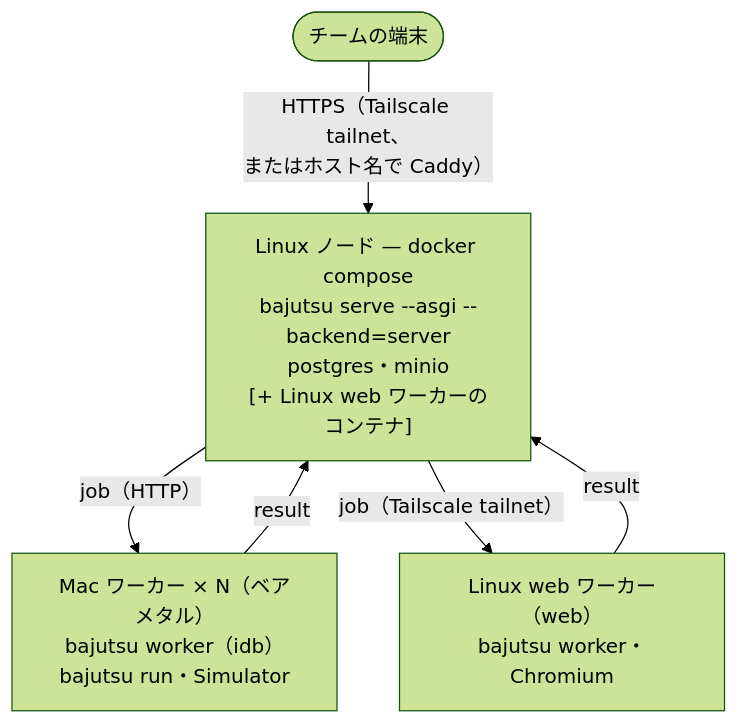
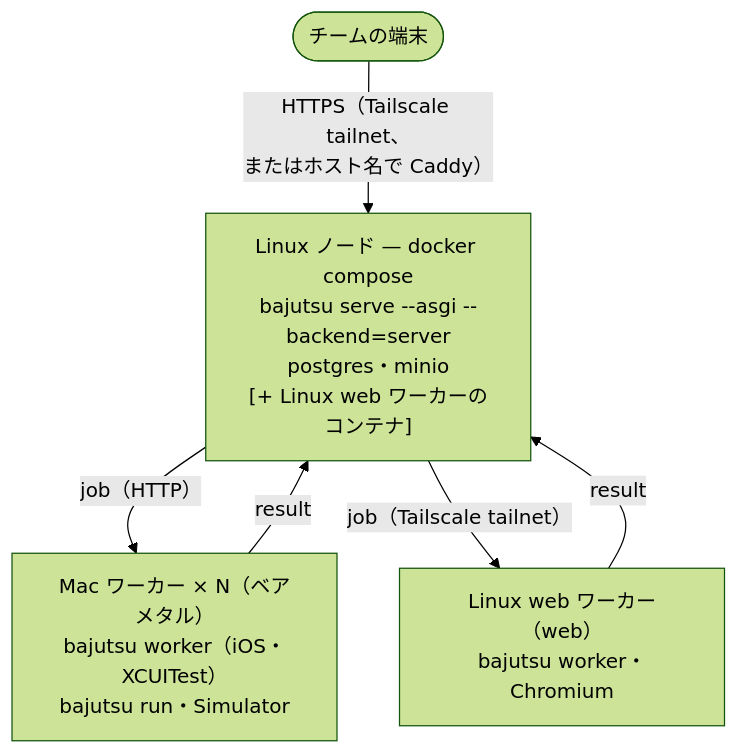
One commit to bajutsu-e2e/bajutsu changed the diagram in docs/ja/self-hosting.md. Above: the diagram before and after it, drawn with Mermaid (forest theme). The commit also changed other lines of this file and 244 other files, not shown here.

First line of the commit message:
feat(ios): make XCUITest the default iOS backend and remove idb

````diff
--- a/docs/ja/self-hosting.md
+++ b/docs/ja/self-hosting.md
@@ -237,13 +239,13 @@
 ```mermaid
 flowchart TB
     laptops(["チームの端末"])
     control["Linux ノード — docker compose<br/>bajutsu serve --asgi --backend=server<br/>postgres・minio<br/>[+ Linux web ワーカーのコンテナ]"]
-    macWorker["Mac ワーカー × N（ベアメタル）<br/>bajutsu worker（idb）<br/>bajutsu run・Simulator"]
+    macWorker["Mac ワーカー × N（ベアメタル）<br/>bajutsu worker（iOS・XCUITest）<br/>bajutsu run・Simulator"]
     webWorker["Linux web ワーカー（web）<br/>bajutsu worker・Chromium"]
 
     laptops -->|"HTTPS（Tailscale tailnet、<br/>またはホスト名で Caddy）"| control
     control -->|"job（HTTP）"| macWorker
     macWorker -->|result| control
     control -->|"job（Tailscale tailnet）"| webWorker
     webWorker -->|result| control
 ```
````
